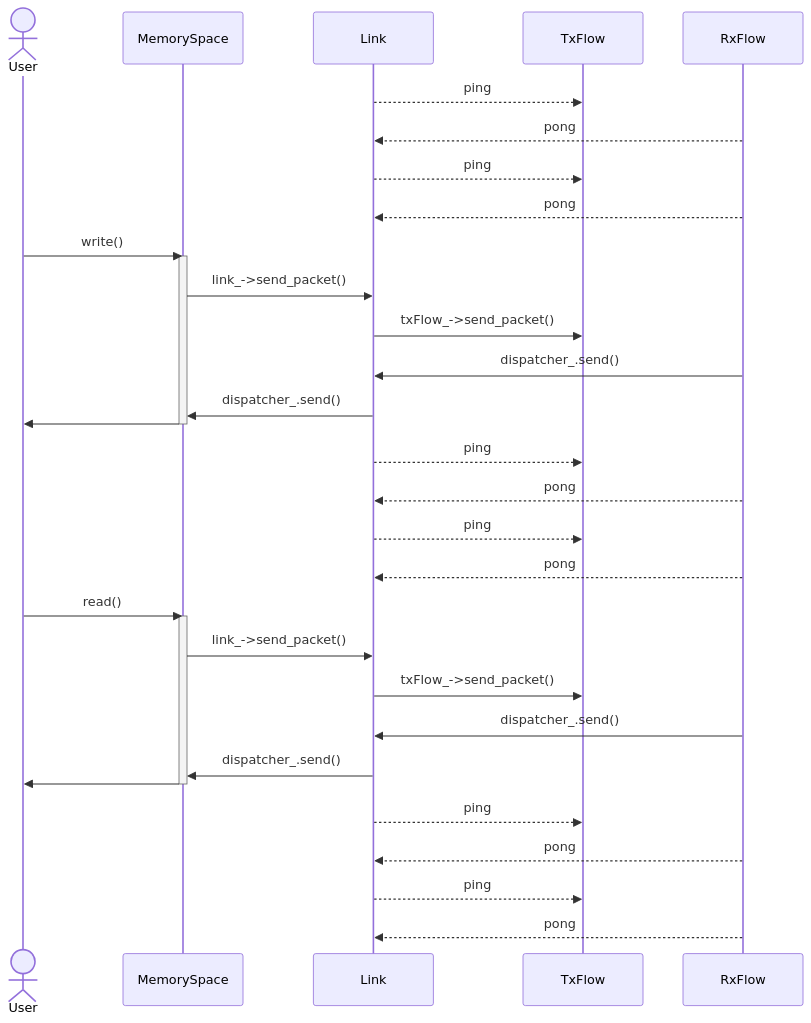
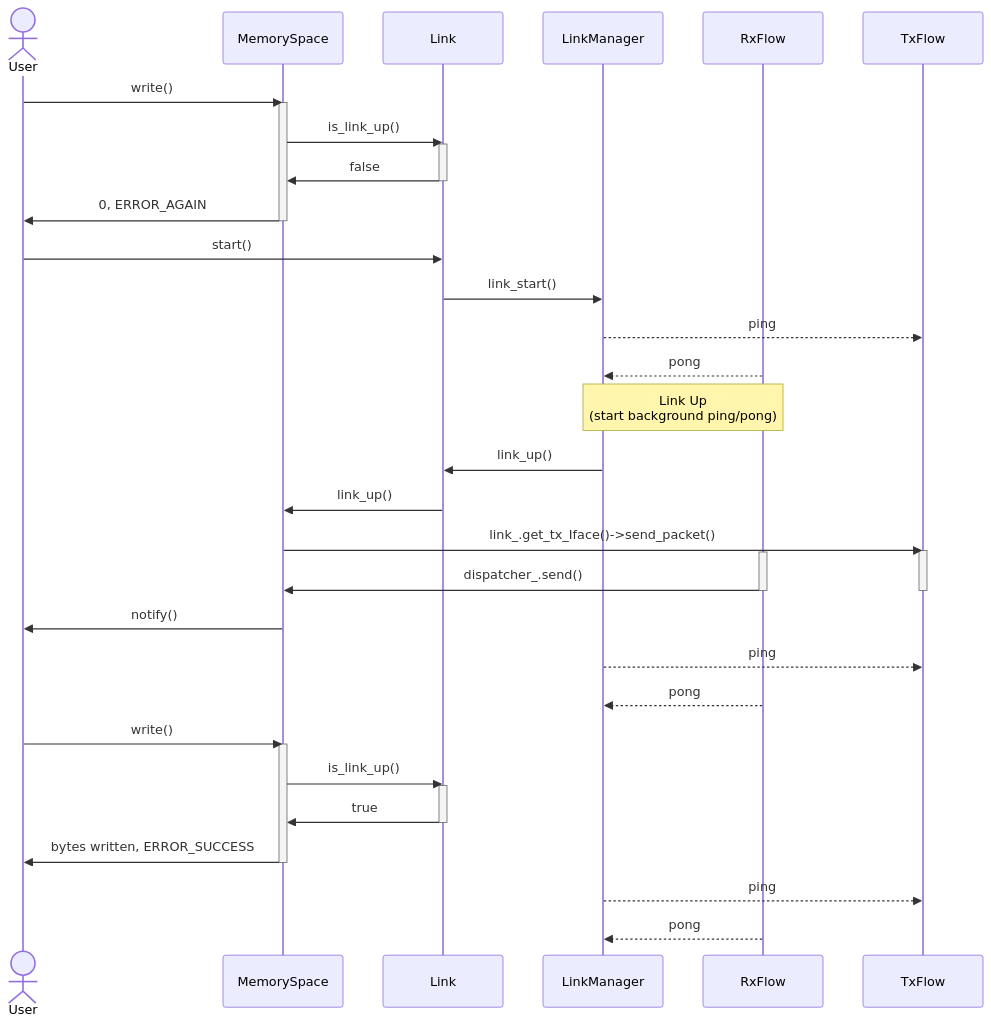
The seventh of 7 diagrams in src/traction_modem/README.md (bakerstu/openmrn), drawn with Mermaid before and after one commit. The commit also changed other lines of this file, not shown here.

````diff
--- a/src/traction_modem/README.md
+++ b/src/traction_modem/README.md
@@ -189,41 +201,49 @@
 ```mermaid
 sequenceDiagram
     actor User
     participant MemorySpace
     participant LinkObject as Link
+    participant LinkManager
+    participant RxFlow
     participant TxFlow
-    participant RxFlow
-
-    LinkObject  -->> TxFlow      : ping
-    RxFlow      -->> LinkObject  : pong
-    LinkObject  -->> TxFlow      : ping
-    RxFlow      -->> LinkObject  : pong
 
     User         ->> MemorySpace : write()
     activate MemorySpace
-    MemorySpace  ->> LinkObject  : link_->send_packet()
-    LinkObject   ->> TxFlow      : txFlow_->send_packet()
-    RxFlow       ->> LinkObject  : dispatcher_.send()
-    LinkObject   ->> MemorySpace : dispatcher_.send()
-    MemorySpace  ->> User : 
-    deactivate MemorySpace
-    
-    LinkObject  -->> TxFlow      : ping
-    RxFlow      -->> LinkObject  : pong
-    LinkObject  -->> TxFlow      : ping
-    RxFlow      -->> LinkObject  : pong
-
-    User         ->> MemorySpace : read()
-    activate MemorySpace
-    MemorySpace  ->> LinkObject  : link_->send_packet()
-    LinkObject   ->> TxFlow      : txFlow_->send_packet()
-    RxFlow       ->> LinkObject  : dispatcher_.send()
-    LinkObject   ->> MemorySpace : dispatcher_.send()
-    MemorySpace  ->> User        : 
+    MemorySpace  ->> LinkObject  : is_link_up()
+    activate LinkObject
+    LinkObject   ->> MemorySpace : false
+    deactivate LinkObject
+    MemorySpace  ->> User        : 0, ERROR_AGAIN
     deactivate MemorySpace
 
-    LinkObject  -->> TxFlow      : ping
-    RxFlow      -->> LinkObject  : pong
-    LinkObject  -->> TxFlow      : ping
-    RxFlow      -->> LinkObject  : pong
+    User         ->> LinkObject  : start()
+    LinkObject   ->> LinkManager : link_start()
+    LinkManager -->> TxFlow      : ping
+    RxFlow      -->> LinkManager : pong
+    Note over LinkManager, RxFlow: Link Up<br>(start background ping/pong)
+    LinkManager  ->> LinkObject  : link_up()
+    LinkObject   ->> MemorySpace : link_up()
+
+    MemorySpace  ->> TxFlow      : link_.get_tx_Iface()->send_packet()
+    activate TxFlow
+    activate RxFlow
+    RxFlow       ->> MemorySpace : dispatcher_.send()
+    deactivate TxFlow
+    deactivate RxFlow
+    MemorySpace  ->> User        : notify()
+    
+    LinkManager -->> TxFlow      : ping
+    RxFlow      -->> LinkManager : pong
+
+    User         ->> MemorySpace : write()
+    activate MemorySpace
+    MemorySpace  ->> LinkObject  : is_link_up()
+    activate LinkObject
+    LinkObject   ->> MemorySpace : true
+    deactivate LinkObject
+    MemorySpace  ->> User        : bytes written, ERROR_SUCCESS
+    deactivate MemorySpace
+
+    LinkManager -->> TxFlow      : ping
+    RxFlow      -->> LinkManager : pong
 ```
````
